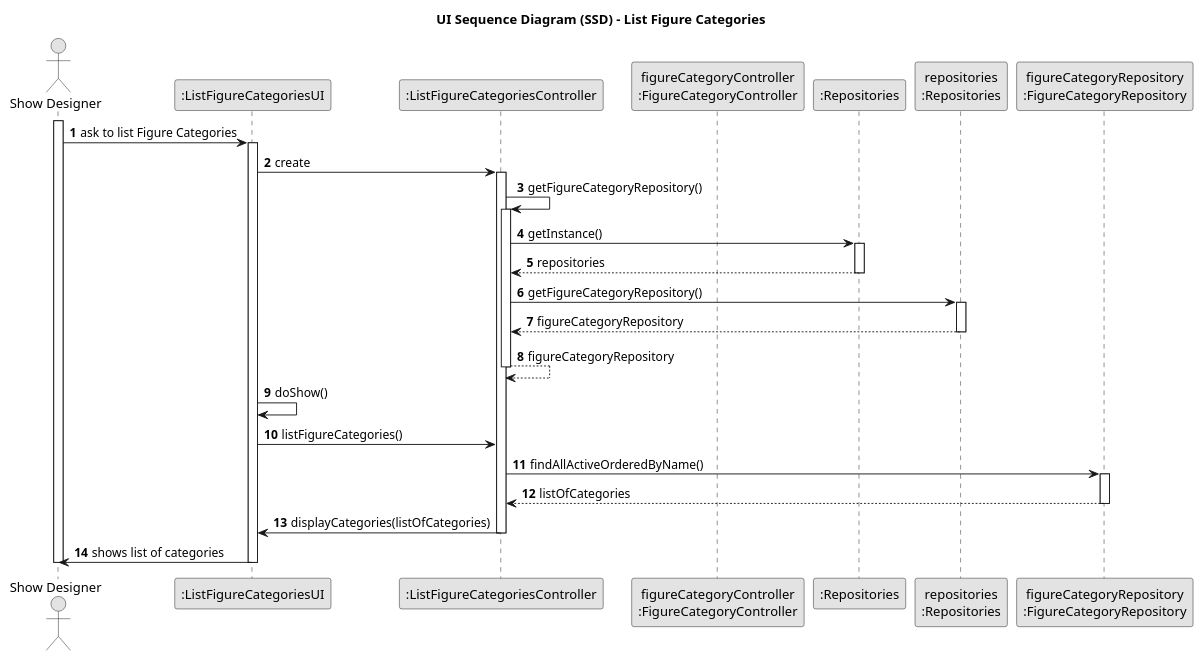
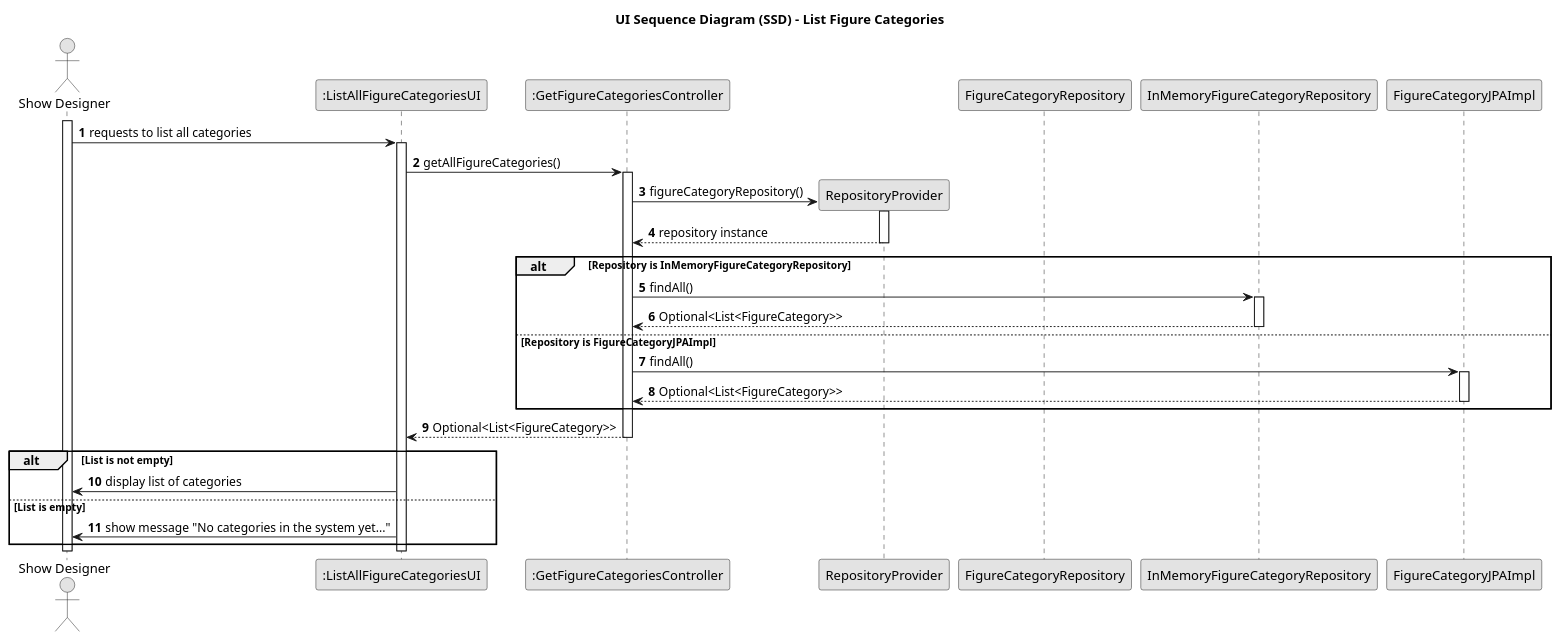
One commit to SAEmanuel/Shodrone_ISEP changed the diagram in docs/planning/sprint2/EAPLI/US247 - List figure categories/03.design/puml/us247-sequence-diagram-full.puml. Above: the diagram before and after it, drawn with PlantUML. The commit also changed 6 other files, not shown here.

```diff
--- a/docs/planning/sprint2/EAPLI/US247 - List figure categories/03.design/puml/us247-sequence-diagram-full.puml
+++ b/docs/planning/sprint2/EAPLI/US247 - List figure categories/03.design/puml/us247-sequence-diagram-full.puml
@@ -1,60 +1,55 @@
 @startuml
 skinparam monochrome true
 skinparam packageStyle rectangle
 skinparam shadowing false
 
 title UI Sequence Diagram (SSD) - List Figure Categories
 
 autonumber
 
-actor "Show Designer" as showDesigner
-participant ":ListFigureCategoriesUI" as UI
-participant ":ListFigureCategoriesController" as CTRL
-participant "figureCategoryController\n:FigureCategoryController" as catCtrl
-participant ":Repositories" as RepositorySingleton
-participant "repositories\n:Repositories" as PLAT
-participant "figureCategoryRepository\n:FigureCategoryRepository" as catRepo
+actor "Show Designer" as SD
+participant ":ListAllFigureCategoriesUI" as UI
+participant ":GetFigureCategoriesController" as CTRL
+participant "RepositoryProvider" as Provider
+participant "FigureCategoryRepository" as Repo
+participant "InMemoryFigureCategoryRepository" as InMemRepo
+participant "FigureCategoryJPAImpl" as JpaRepo
 
-activate showDesigner
+activate SD
+SD -> UI : requests to list all categories
+activate UI
 
-    showDesigner -> UI : ask to list Figure Categories
-    activate UI
+UI -> CTRL : getAllFigureCategories()
+activate CTRL
 
-    UI -> CTRL : create
-    activate CTRL
+CTRL -> Provider** : figureCategoryRepository()
+activate Provider
 
-        CTRL -> CTRL : getFigureCategoryRepository()
-        activate CTRL
+Provider --> CTRL : repository instance
+deactivate Provider
 
-            CTRL -> RepositorySingleton : getInstance()
-            activate RepositorySingleton
+alt Repository is InMemoryFigureCategoryRepository
+    CTRL -> InMemRepo : findAll()
+    activate InMemRepo
 
-                RepositorySingleton --> CTRL: repositories
-            deactivate RepositorySingleton
+    InMemRepo --> CTRL : Optional<List<FigureCategory>>
+    deactivate InMemRepo
+else Repository is FigureCategoryJPAImpl
+    CTRL -> JpaRepo : findAll()
+    activate JpaRepo
 
-            CTRL -> PLAT : getFigureCategoryRepository()
-            activate PLAT
+    JpaRepo --> CTRL : Optional<List<FigureCategory>>
+    deactivate JpaRepo
+end
 
-                PLAT --> CTRL: figureCategoryRepository
-            deactivate PLAT
-            CTRL --> CTRL : figureCategoryRepository
+CTRL --> UI : Optional<List<FigureCategory>>
+deactivate CTRL
 
-        deactivate CTRL
-
-        UI -> UI: doShow()
-
-        UI -> CTRL: listFigureCategories()
-        CTRL -> catRepo: findAllActiveOrderedByName()
-        activate catRepo
-            catRepo --> CTRL: listOfCategories
-        deactivate catRepo
-        CTRL -> UI: displayCategories(listOfCategories)
-
-    deactivate CTRL
-
-    UI -> showDesigner : shows list of categories
-
+alt List is not empty
+    UI -> SD : display list of categories
+else List is empty
+    UI -> SD : show message "No categories in the system yet..."
+end
 deactivate UI
-deactivate showDesigner
-
+deactivate SD
 @enduml
```
